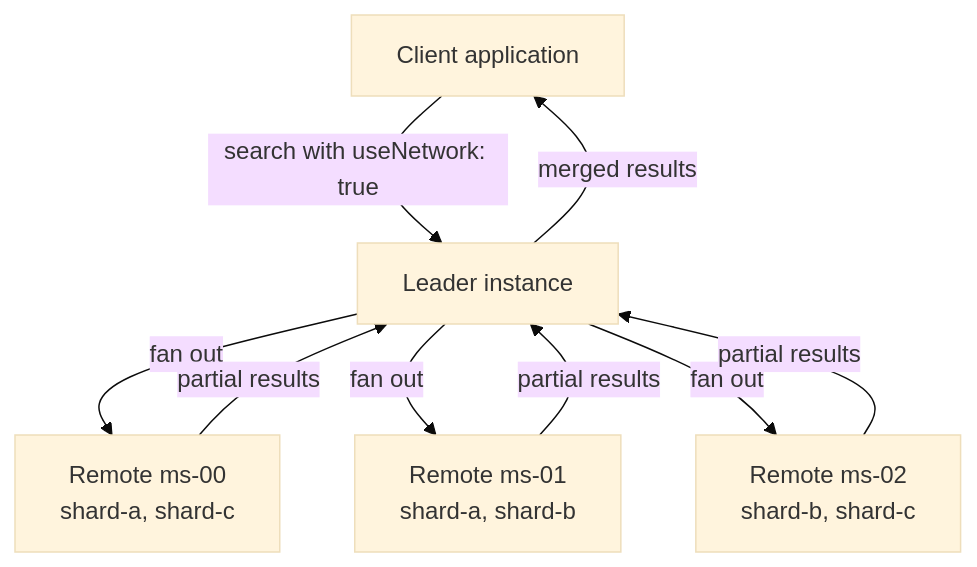
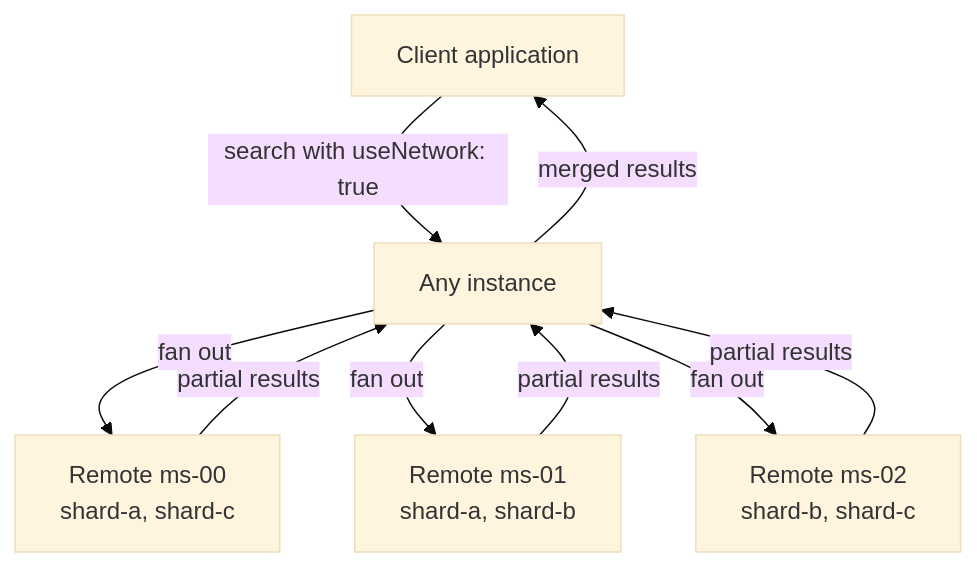
The diagram in resources/self_hosting/sharding/overview.mdx (meilisearch/documentation), drawn with Mermaid (base theme) before and after one commit. The commit also changed other lines of this file and 3 other files, not shown here.

````diff
--- a/resources/self_hosting/sharding/overview.mdx
+++ b/resources/self_hosting/sharding/overview.mdx
@@ -25,11 +25,11 @@
 ```mermaid
 graph TD
-    Client[Client application] -->|search with useNetwork: true| Leader[Leader instance]
-    Leader -->|fan out| R1[Remote ms-00<br/>shard-a, shard-c]
-    Leader -->|fan out| R2[Remote ms-01<br/>shard-a, shard-b]
-    Leader -->|fan out| R3[Remote ms-02<br/>shard-b, shard-c]
-    R1 -->|partial results| Leader
-    R2 -->|partial results| Leader
-    R3 -->|partial results| Leader
-    Leader -->|merged results| Client
+    Client[Client application] -->|search with useNetwork: true| Any[Any instance]
+    Any -->|fan out| R1[Remote ms-00<br/>shard-a, shard-c]
+    Any -->|fan out| R2[Remote ms-01<br/>shard-a, shard-b]
+    Any -->|fan out| R3[Remote ms-02<br/>shard-b, shard-c]
+    R1 -->|partial results| Any
+    R2 -->|partial results| Any
+    R3 -->|partial results| Any
+    Any -->|merged results| Client
 ```
````
